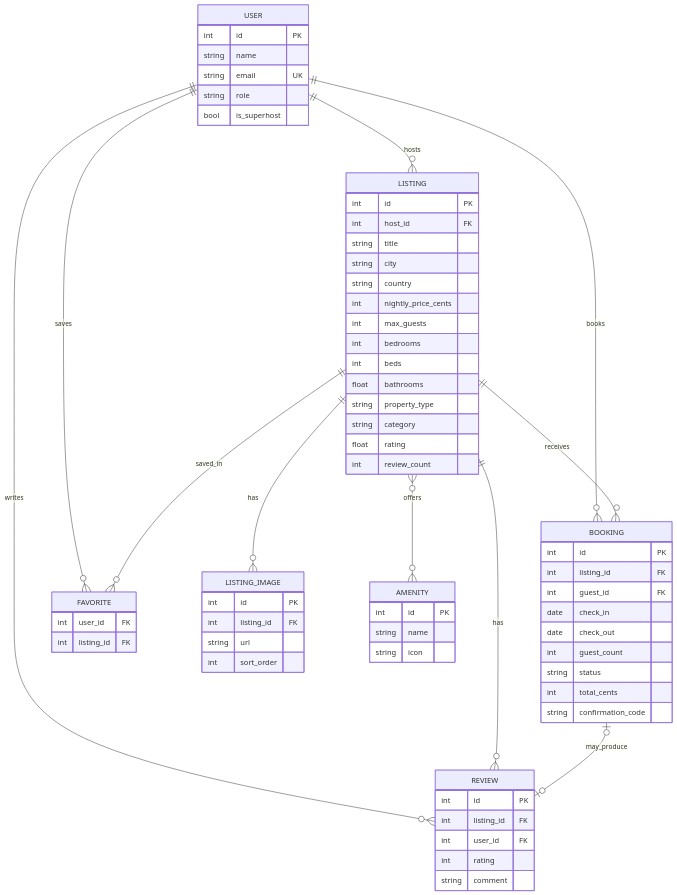
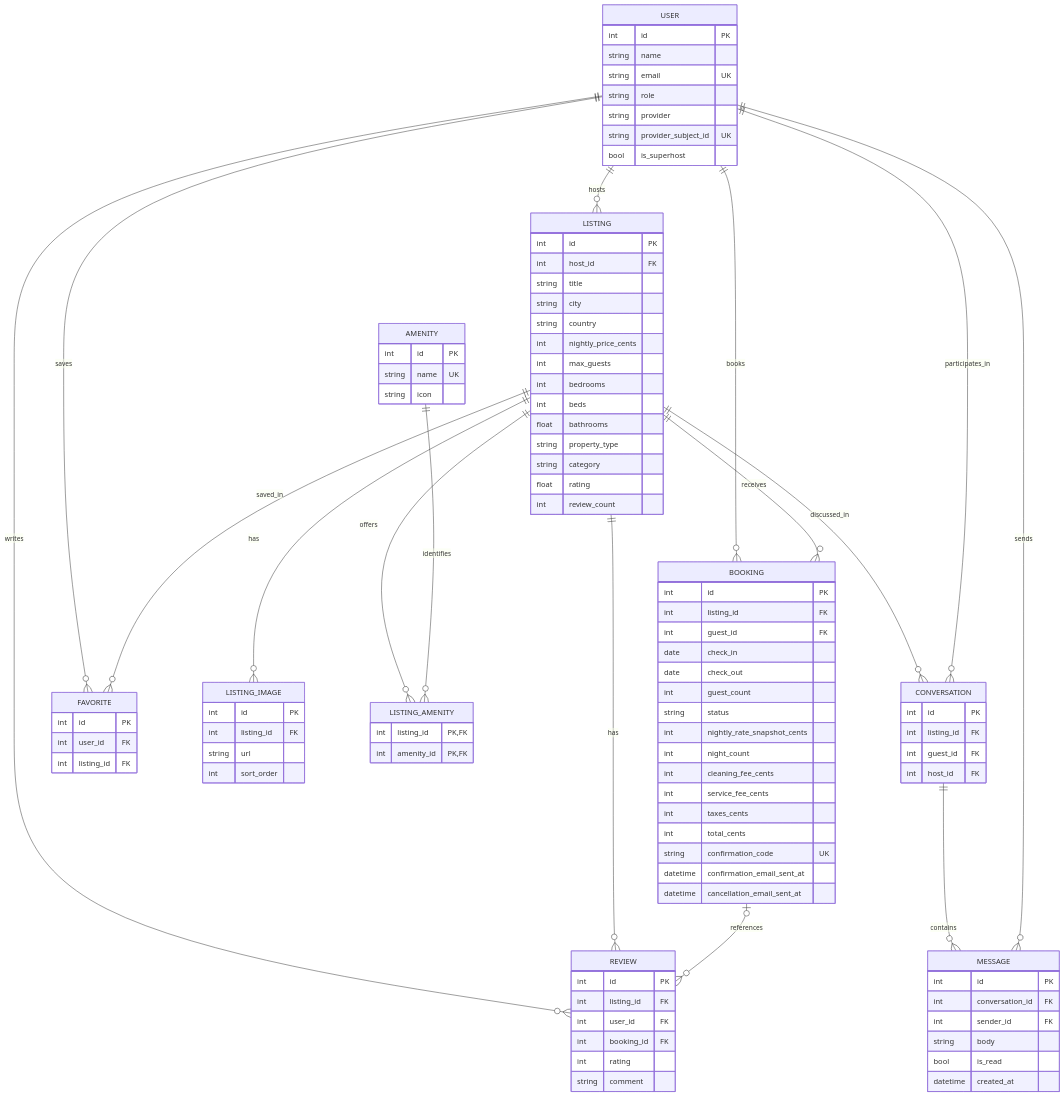
Before and after one commit to Apoorvan-A/StayFinder: the diagram in docs/DATABASE_DESIGN.md, drawn with Mermaid. The commit also changed other lines of this file and 8 other files, not shown here.

````diff
--- a/docs/DATABASE_DESIGN.md
+++ b/docs/DATABASE_DESIGN.md
@@ -65,18 +65,28 @@
     USER ||--o{ REVIEW : writes
     USER ||--o{ FAVORITE : saves
     LISTING ||--o{ LISTING_IMAGE : has
+    LISTING ||--o{ LISTING_AMENITY : offers
+    AMENITY ||--o{ LISTING_AMENITY : identifies
     LISTING ||--o{ BOOKING : receives
     LISTING ||--o{ REVIEW : has
     LISTING ||--o{ FAVORITE : saved_in
-    LISTING }o--o{ AMENITY : offers
-    BOOKING |o--o| REVIEW : may_produce
+    LISTING ||--o{ CONVERSATION : discussed_in
+    USER ||--o{ CONVERSATION : participates_in
+    CONVERSATION ||--o{ MESSAGE : contains
+    USER ||--o{ MESSAGE : sends
+    BOOKING |o--o{ REVIEW : references
 
-    USER { int id PK
+    USER {
+        int id PK
         string name
         string email UK
         string role
-        bool is_superhost }
-    LISTING { int id PK
+        string provider
+        string provider_subject_id UK
+        bool is_superhost
+    }
+    LISTING {
+        int id PK
         int host_id FK
         string title
         string city
@@ -89,28 +99,66 @@
         string property_type
         string category
         float rating
-        int review_count }
-    LISTING_IMAGE { int id PK
+        int review_count
+    }
+    LISTING_IMAGE {
+        int id PK
         int listing_id FK
         string url
-        int sort_order }
-    AMENITY { int id PK
-        string name
-        string icon }
-    BOOKING { int id PK
+        int sort_order
+    }
+    AMENITY {
+        int id PK
+        string name UK
+        string icon
+    }
+    LISTING_AMENITY {
+        int listing_id PK,FK
+        int amenity_id PK,FK
+    }
+    BOOKING {
+        int id PK
         int listing_id FK
         int guest_id FK
         date check_in
         date check_out
         int guest_count
         string status
+        int nightly_rate_snapshot_cents
+        int night_count
+        int cleaning_fee_cents
+        int service_fee_cents
+        int taxes_cents
         int total_cents
-        string confirmation_code }
-    REVIEW { int id PK
+        string confirmation_code UK
+        datetime confirmation_email_sent_at
+        datetime cancellation_email_sent_at
+    }
+    REVIEW {
+        int id PK
         int listing_id FK
         int user_id FK
+        int booking_id FK
         int rating
-        string comment }
-    FAVORITE { int user_id FK
-        int listing_id FK }
+        string comment
+    }
+    FAVORITE {
+        int id PK
+        int user_id FK
+        int listing_id FK
+    }
+    CONVERSATION {
+        int id PK
+        int listing_id FK
+        int guest_id FK
+        int host_id FK
+    }
+    MESSAGE {
+        int id PK
+        int conversation_id FK
+        int sender_id FK
+        string body
+        bool is_read
+        datetime created_at
+    }
 ```
````
